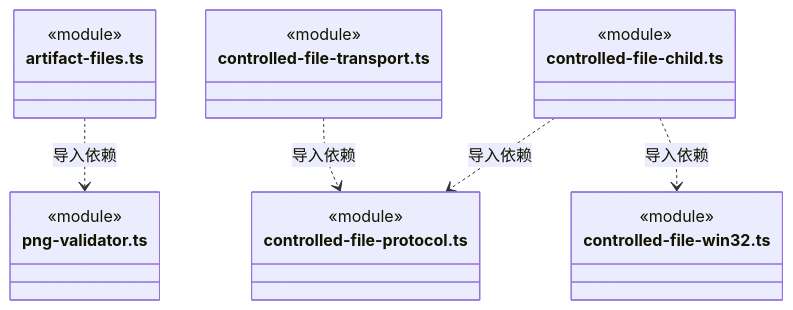
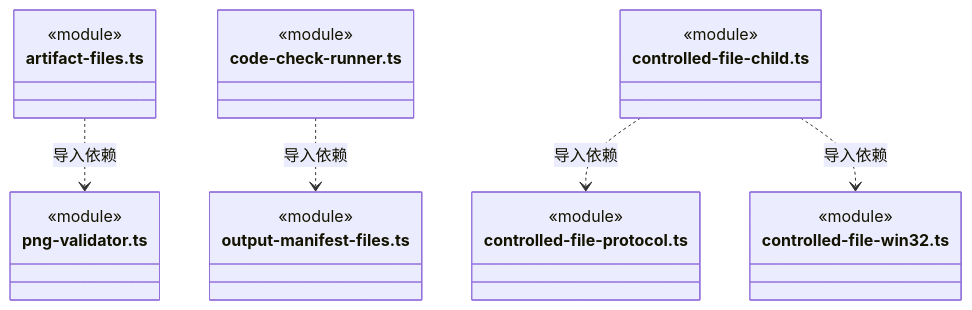
Diagram 17 of 18 in src/backend/main/platform/files/ARCHITECTURE.md (nan023062/cbim), drawn with Mermaid before and after one commit. The commit also changed other lines of this file and 130 other files, not shown here.

````diff
--- a/src/backend/main/platform/files/ARCHITECTURE.md
+++ b/src/backend/main/platform/files/ARCHITECTURE.md
@@ -389,25 +414,28 @@
 ```mermaid
 classDiagram
 class N_src_backend_main_platform_files_artifact_files_ts["artifact-files.ts"] {
   <<module>>
 }
 class N_src_backend_main_platform_files_png_validator_ts["png-validator.ts"] {
+  <<module>>
+}
+class N_src_backend_main_platform_files_code_check_runner_ts["code-check-runner.ts"] {
+  <<module>>
+}
+class N_src_backend_main_platform_files_output_manifest_files_ts["output-manifest-files.ts"] {
   <<module>>
 }
 class N_src_backend_main_platform_files_controlled_file_child_ts["controlled-file-child.ts"] {
   <<module>>
 }
 class N_src_backend_main_platform_files_controlled_file_protocol_ts["controlled-file-protocol.ts"] {
   <<module>>
 }
 class N_src_backend_main_platform_files_controlled_file_win32_ts["controlled-file-win32.ts"] {
   <<module>>
 }
-class N_src_backend_main_platform_files_controlled_file_transport_ts["controlled-file-transport.ts"] {
-  <<module>>
-}
 N_src_backend_main_platform_files_artifact_files_ts ..> N_src_backend_main_platform_files_png_validator_ts : 导入依赖
+N_src_backend_main_platform_files_code_check_runner_ts ..> N_src_backend_main_platform_files_output_manifest_files_ts : 导入依赖
 N_src_backend_main_platform_files_controlled_file_child_ts ..> N_src_backend_main_platform_files_controlled_file_protocol_ts : 导入依赖
 N_src_backend_main_platform_files_controlled_file_child_ts ..> N_src_backend_main_platform_files_controlled_file_win32_ts : 导入依赖
-N_src_backend_main_platform_files_controlled_file_transport_ts ..> N_src_backend_main_platform_files_controlled_file_protocol_ts : 导入依赖
 ```
````
